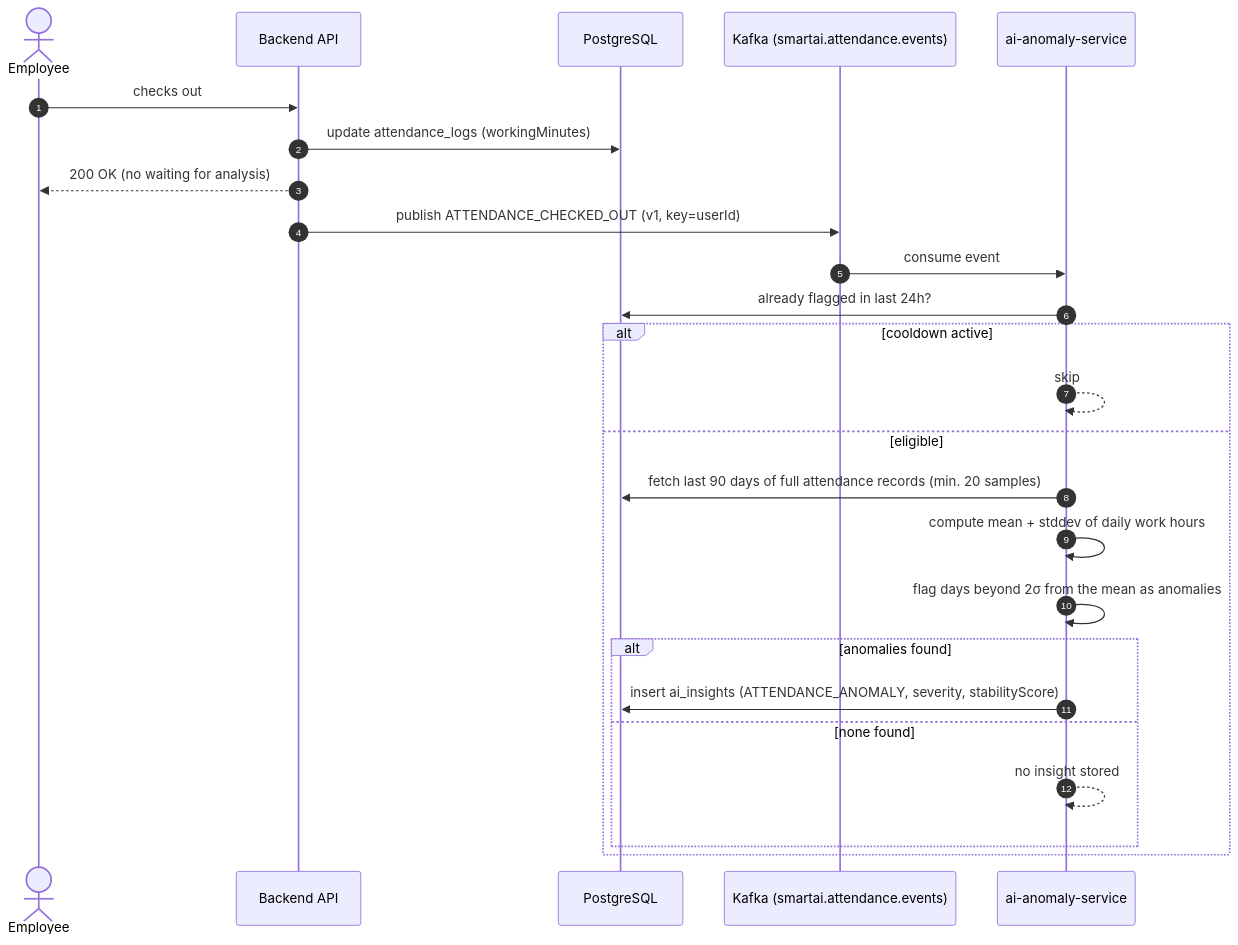
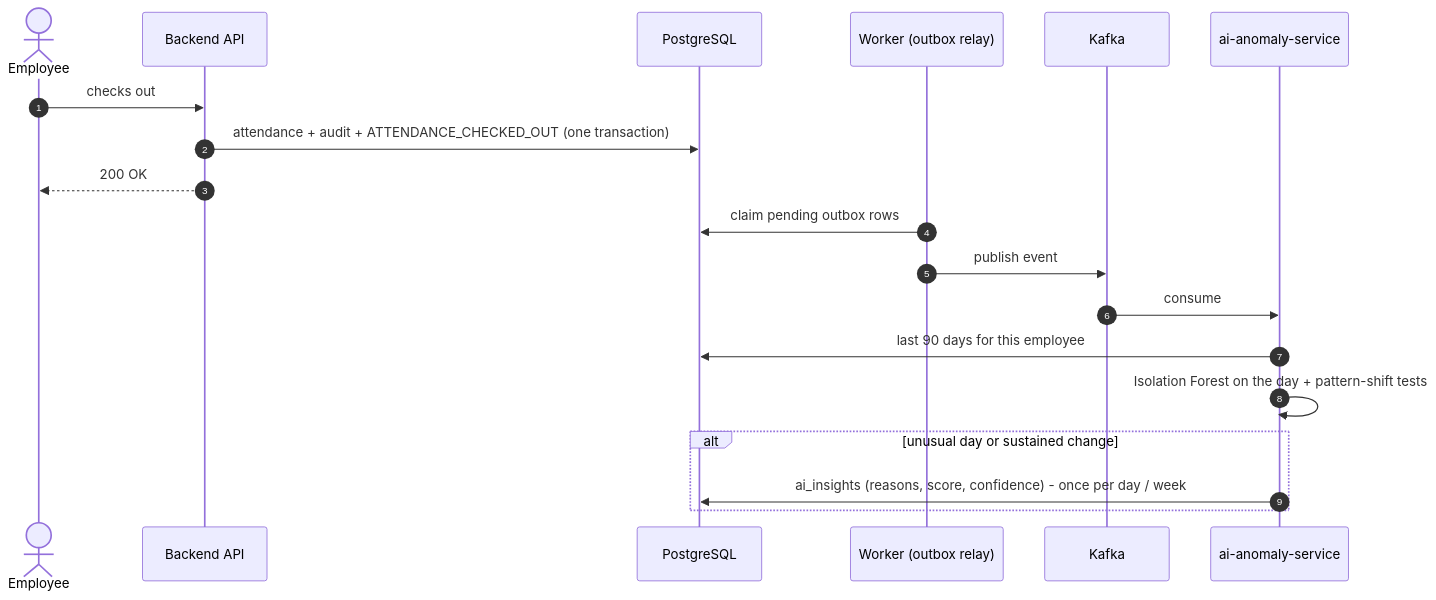
Before and after one commit to anshuraj1996/smartworkforce-ai: the second of 2 diagrams in README.md, drawn with Mermaid. The commit also changed other lines of this file and 235 other files, not shown here.

````diff
--- a/README.md
+++ b/README.md
@@ -77,28 +140,22 @@
 ```mermaid
 sequenceDiagram
     autonumber
     actor Employee
     participant BE as Backend API
     participant DB as PostgreSQL
-    participant KF as Kafka (smartai.attendance.events)
+    participant W as Worker (outbox relay)
+    participant KF as Kafka
     participant AI as ai-anomaly-service
 
     Employee->>BE: checks out
-    BE->>DB: update attendance_logs (workingMinutes)
-    BE-->>Employee: 200 OK (no waiting for analysis)
-    BE->>KF: publish ATTENDANCE_CHECKED_OUT (v1, key=userId)
-    KF->>AI: consume event
-    AI->>DB: already flagged in last 24h?
-    alt cooldown active
-        AI-->>AI: skip
-    else eligible
-        AI->>DB: fetch last 90 days of full attendance records (min. 20 samples)
-        AI->>AI: compute mean + stddev of daily work hours
-        AI->>AI: flag days beyond 2σ from the mean as anomalies
-        alt anomalies found
-            AI->>DB: insert ai_insights (ATTENDANCE_ANOMALY, severity, stabilityScore)
-        else none found
-            AI-->>AI: no insight stored
-        end
+    BE->>DB: attendance + audit + ATTENDANCE_CHECKED_OUT (one transaction)
+    BE-->>Employee: 200 OK
+    W->>DB: claim pending outbox rows
+    W->>KF: publish event
+    KF->>AI: consume
+    AI->>DB: last 90 days for this employee
+    AI->>AI: Isolation Forest on the day + pattern-shift tests
+    alt unusual day or sustained change
+        AI->>DB: ai_insights (reasons, score, confidence) - once per day / week
     end
 ```
````
